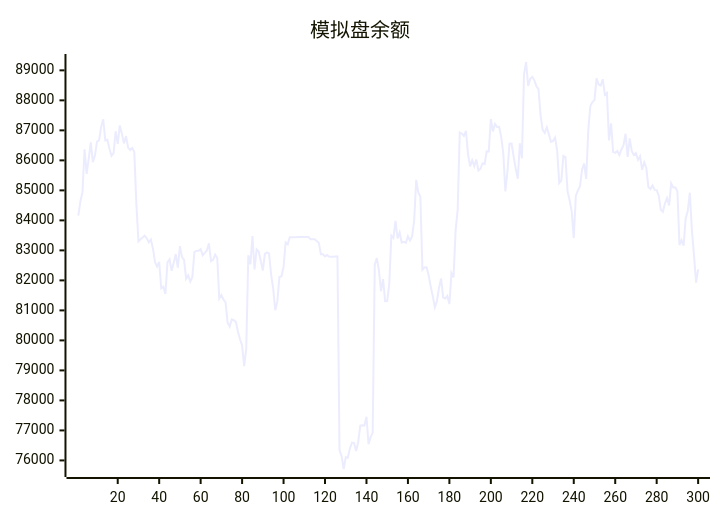
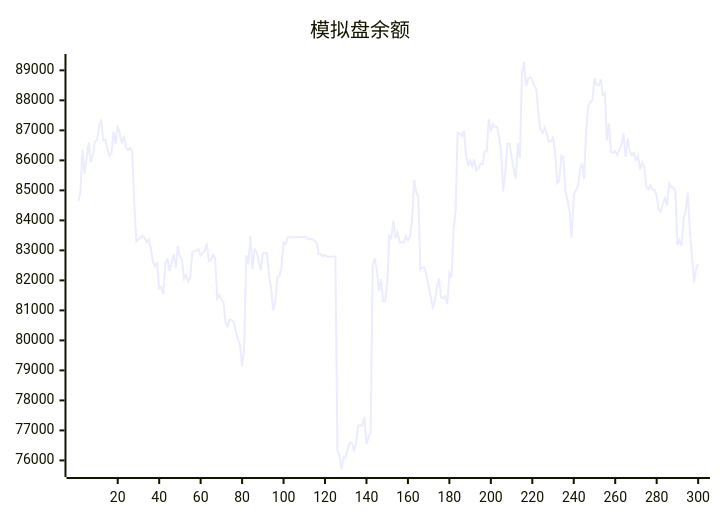
Before and after one commit to aahl/ai-trading: the diagram in README.md, drawn with Mermaid. The commit also changed other lines of this file and 1 other file, not shown here.

````diff
--- a/README.md
+++ b/README.md
@@ -5,5 +5,5 @@
 ```mermaid
 xychart
     title "模拟盘余额"
-    line [84160,84639,84939,86370,85548,86046,86599,85942,86161,86622,86664,87115,87369,86666,86685,86384,86152,86243,86969,86548,87164,86885,86566,86809,86427,86348,86417,86273,84538,83299,83369,83430,83490,83404,83270,83362,83056,82605,82459,82614,81734,81788,81551,82598,82702,82320,82580,82878,82426,83139,82778,82686,82056,82166,81963,82110,82951,82983,82984,83038,82838,82915,82998,83235,82642,82682,82858,82746,81396,81512,81362,81277,80600,80461,80699,80673,80616,80288,80038,79836,79142,79722,82837,82533,83480,82366,83032,82960,82654,82330,82883,82934,82901,82188,81728,81005,81298,82110,82135,82449,83264,83203,83440,83439,83440,83440,83446,83447,83448,83447,83448,83449,83369,83369,83369,83313,83256,82872,82873,82801,82844,82785,82791,82791,82793,82794,76339,76145,75714,76110,76096,76397,76594,76585,76310,76607,77160,77170,77160,77456,76541,76774,76927,82520,82744,82337,81639,82040,81307,81314,81887,83490,83414,83984,83396,83594,83261,83287,83253,83470,83327,83465,83987,85348,84930,84786,82355,82433,82438,82167,81795,81466,81105,81315,81756,82064,81426,81398,81481,81210,82242,82099,83658,84359,86925,86892,86814,86980,86203,85802,86003,85811,86028,85657,85721,85896,85880,86300,86299,87378,86965,87214,87115,87118,86780,86238,84966,85623,86555,86562,86129,85722,85387,86569,86070,88870,89278,88477,88720,88781,88668,88467,88372,87493,87018,86917,87102,86870,86613,86644,86758,86317,85242,85334,86149,86106,84968,84671,84302,83410,84816,85001,85127,85693,85891,85384,87001,87811,87945,88007,88734,88528,88495,88705,88189,88248,86662,87234,86279,86251,86314,86177,86364,86503,86886,86114,86731,86310,86176,86240,86017,86136,85685,85938,85749,85111,85044,85164,85016,85008,84824,84354,84287,84572,84745,84500,85234,85096,85095,84970,83180,83338,83157,84070,84309,84922,83667,82850,81924,82369]
+    line [84639,84939,86370,85548,86046,86599,85942,86161,86622,86664,87115,87369,86666,86685,86384,86152,86243,86969,86548,87164,86885,86566,86809,86427,86348,86417,86273,84538,83299,83369,83430,83490,83404,83270,83362,83056,82605,82459,82614,81734,81788,81551,82598,82702,82320,82580,82878,82426,83139,82778,82686,82056,82166,81963,82110,82951,82983,82984,83038,82838,82915,82998,83235,82642,82682,82858,82746,81396,81512,81362,81277,80600,80461,80699,80673,80616,80288,80038,79836,79142,79722,82837,82533,83480,82366,83032,82960,82654,82330,82883,82934,82901,82188,81728,81005,81298,82110,82135,82449,83264,83203,83440,83439,83440,83440,83446,83447,83448,83447,83448,83449,83369,83369,83369,83313,83256,82872,82873,82801,82844,82785,82791,82791,82793,82794,76339,76145,75714,76110,76096,76397,76594,76585,76310,76607,77160,77170,77160,77456,76541,76774,76927,82520,82744,82337,81639,82040,81307,81314,81887,83490,83414,83984,83396,83594,83261,83287,83253,83470,83327,83465,83987,85348,84930,84786,82355,82433,82438,82167,81795,81466,81105,81315,81756,82064,81426,81398,81481,81210,82242,82099,83658,84359,86925,86892,86814,86980,86203,85802,86003,85811,86028,85657,85721,85896,85880,86300,86299,87378,86965,87214,87115,87118,86780,86238,84966,85623,86555,86562,86129,85722,85387,86569,86070,88870,89278,88477,88720,88781,88668,88467,88372,87493,87018,86917,87102,86870,86613,86644,86758,86317,85242,85334,86149,86106,84968,84671,84302,83410,84816,85001,85127,85693,85891,85384,87001,87811,87945,88007,88734,88528,88495,88705,88189,88248,86662,87234,86279,86251,86314,86177,86364,86503,86886,86114,86731,86310,86176,86240,86017,86136,85685,85938,85749,85111,85044,85164,85016,85008,84824,84354,84287,84572,84745,84500,85234,85096,85095,84970,83180,83338,83157,84070,84309,84922,83667,82850,81924,82369,82552]
 ```
````
